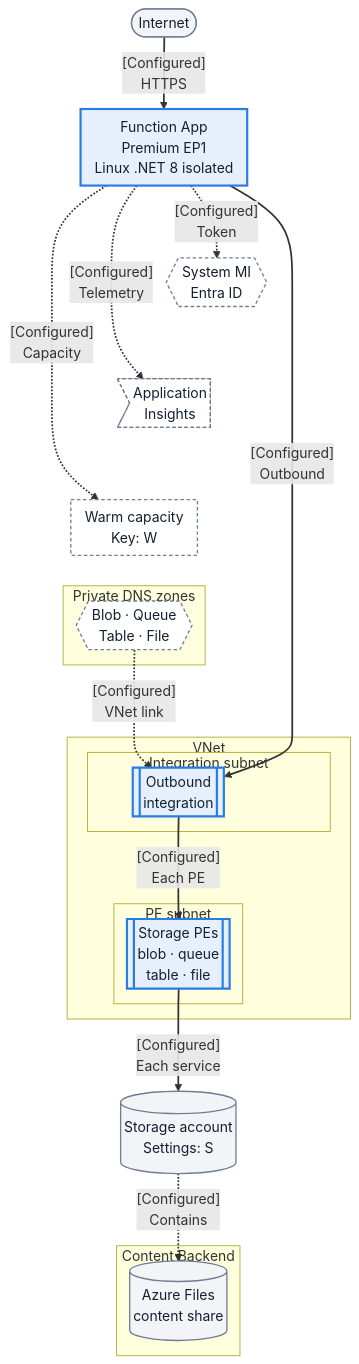
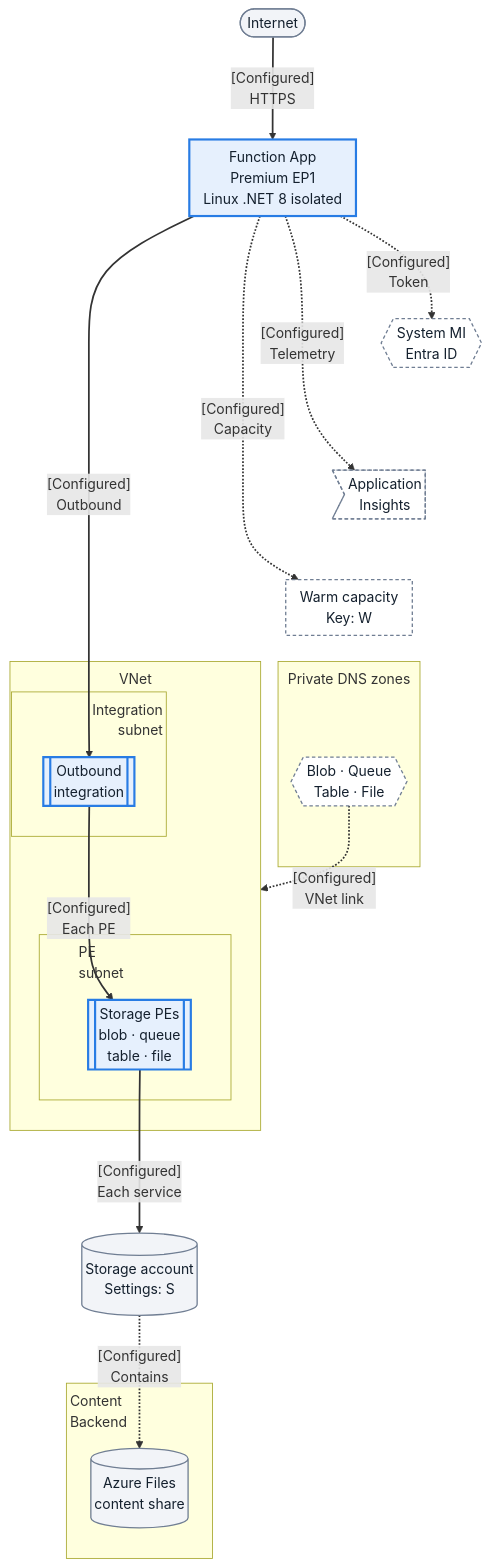
One commit to yeongseon/azure-functions-practical-guide changed the first of 2 diagrams in docs/language-guides/dotnet/tutorial/premium/02a-first-deploy-private-egress.md. Above: the diagram before and after it, drawn with Mermaid. The commit also changed other lines of this file and 1 other file, not shown here.

Commit message:
docs(diagrams): correct the Premium DNS link and heading clearance
Retarget the configured DNS link to the VNet boundary and reserve clear title
bands using the measured native Mermaid layout. Refresh the owned fingerprint
while retaining all four migration records in progress.

Refs #302

````diff
--- a/docs/language-guides/dotnet/tutorial/premium/02a-first-deploy-private-egress.md
+++ b/docs/language-guides/dotnet/tutorial/premium/02a-first-deploy-private-egress.md
@@ -80,46 +80,46 @@
 ```mermaid
-%%{init: {'flowchart': {'nodeSpacing': 10, 'rankSpacing': 35, 'padding': 8}}}%%
+%%{init: {'flowchart': {'nodeSpacing': 10, 'rankSpacing': 70, 'padding': 8, 'subGraphTitleMargin': {'top': 8, 'bottom': 32}}}}%%
 flowchart TD
     accTitle: Linux EP1 .NET 8 network and Storage topology
     accDescr: Intended public HTTPS and separate private site ingress, outbound integration to four Storage endpoints, system identity, telemetry and warm capacity. Integration does not deploy the app into the subnet. Endpoint and DNS bundles expand in the adjacent key; historical blocked provisioning remains unchanged.
     client(["Internet"])
     app_runtime["Function App<br/>Premium EP1<br/>Linux .NET 8 isolated"]
     identity{{"System MI<br/>Entra ID"}}
     telemetry>"Application<br/>Insights"]
     WARM["Warm capacity<br/>Key: W"]
     subgraph DNS["Private DNS zones"]
         dns_fn{{"Blob · Queue<br/>Table · File"}}
     end
     subgraph vnet_fn["VNet"]
-        subgraph subnet_int_fn["Integration subnet"]
+        subgraph subnet_int_fn["<div style='width:170px;text-align:right'>Integration<br/>subnet</div>"]
             vnet_integration[["Outbound<br/>integration"]]
         end
-        subgraph subnet_pe_fn["PE subnet"]
+        subgraph subnet_pe_fn["<div style='width:130px;text-align:left'>PE<br/>subnet</div>"]
             pe_storage[["Storage PEs<br/>blob · queue<br/>table · file"]]
         end
     end
     storage_db[("Storage account<br/>Settings: S")]
-    subgraph STORAGE["Content Backend"]
+    subgraph STORAGE["<div style='width:160px;text-align:left'>Content<br/>Backend</div>"]
         SHARE[("Azure Files<br/>content share")]
     end
     client -->|"[Configured]<br/>HTTPS"| app_runtime
     app_runtime -.->|"[Configured]<br/>Token"| identity
     app_runtime -.->|"[Configured]<br/>Telemetry"| telemetry
     app_runtime -.->|"[Configured]<br/>Capacity"| WARM
-    dns_fn -.->|"[Configured]<br/>VNet link"| vnet_integration
+    dns_fn -.->|"[Configured]<br/>VNet link"| vnet_fn
     app_runtime -->|"[Configured]<br/>Outbound"| vnet_integration
     vnet_integration -->|"[Configured]<br/>Each PE"| pe_storage
     pe_storage -->|"[Configured]<br/>Each service"| storage_db
     storage_db -.->|"[Configured]<br/>Contains"| SHARE
     %% Layout-only tiers; no additional traffic or deployment stages.
     identity ~~~ telemetry
     telemetry ~~~ WARM
     WARM ~~~ dns_fn
     classDef baseNeutral fill:#f2f4f8,stroke:#707e93,stroke-width:1.5px,color:#14202e;
     classDef focusActive fill:#e6f0fd,stroke:#287ce4,stroke-width:2.5px,color:#14202e;
     classDef bandMuted fill:#ffffff,stroke:#707e93,stroke-width:1.5px,stroke-dasharray:4 3,color:#14202e;
     class client,storage_db,SHARE baseNeutral;
     class app_runtime,vnet_integration,pe_storage focusActive;
     class identity,telemetry,dns_fn,WARM bandMuted;
     linkStyle default stroke-width:2px;
 ```
````
